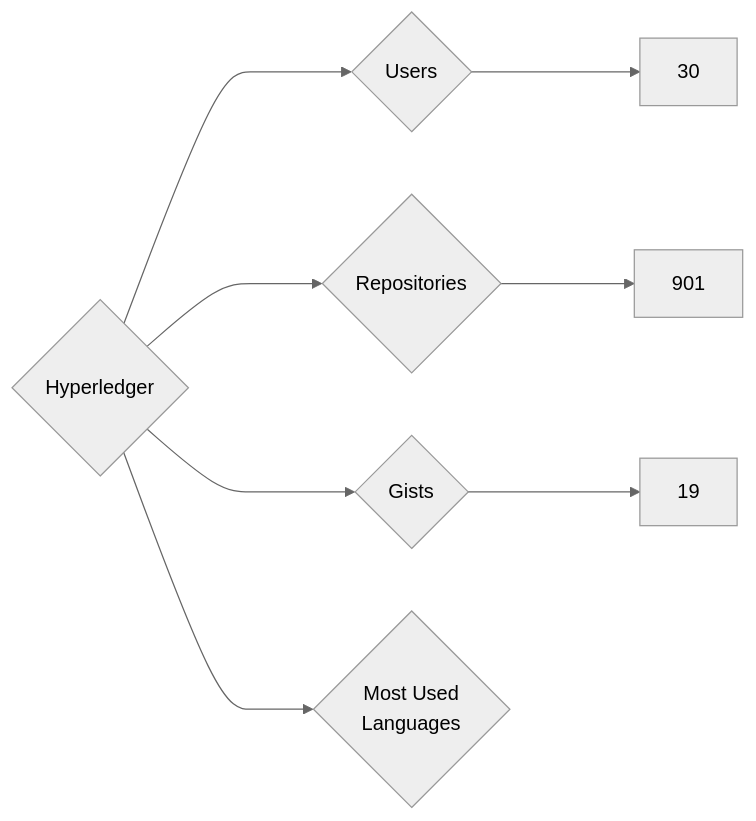
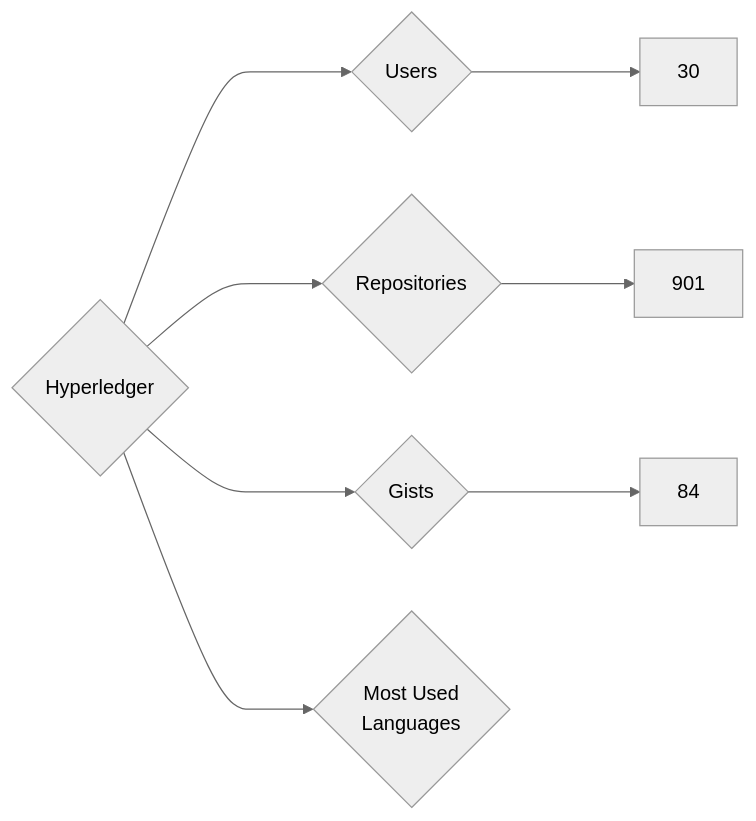
One commit to nenadzaric/insiders changed the diagram in targets/Hyperledger/README.md. Above: the diagram before and after it, drawn with Mermaid (neutral theme). The commit also changed 1342 other files, not shown here.

````diff
--- a/targets/Hyperledger/README.md
+++ b/targets/Hyperledger/README.md
@@ -3,8 +3,8 @@
 ```mermaid
 graph LR
 COMPANY_NAME{Hyperledger}
 COMPANY_NAME ---> U{Users} ---> UN[30]
 COMPANY_NAME ---> R{Repositories} ---> RN[901]
-COMPANY_NAME ---> G{Gists} ---> GN[19]
+COMPANY_NAME ---> G{Gists} ---> GN[84]
 COMPANY_NAME ---> ML{Most Used<br>Languages}
 ```
````
